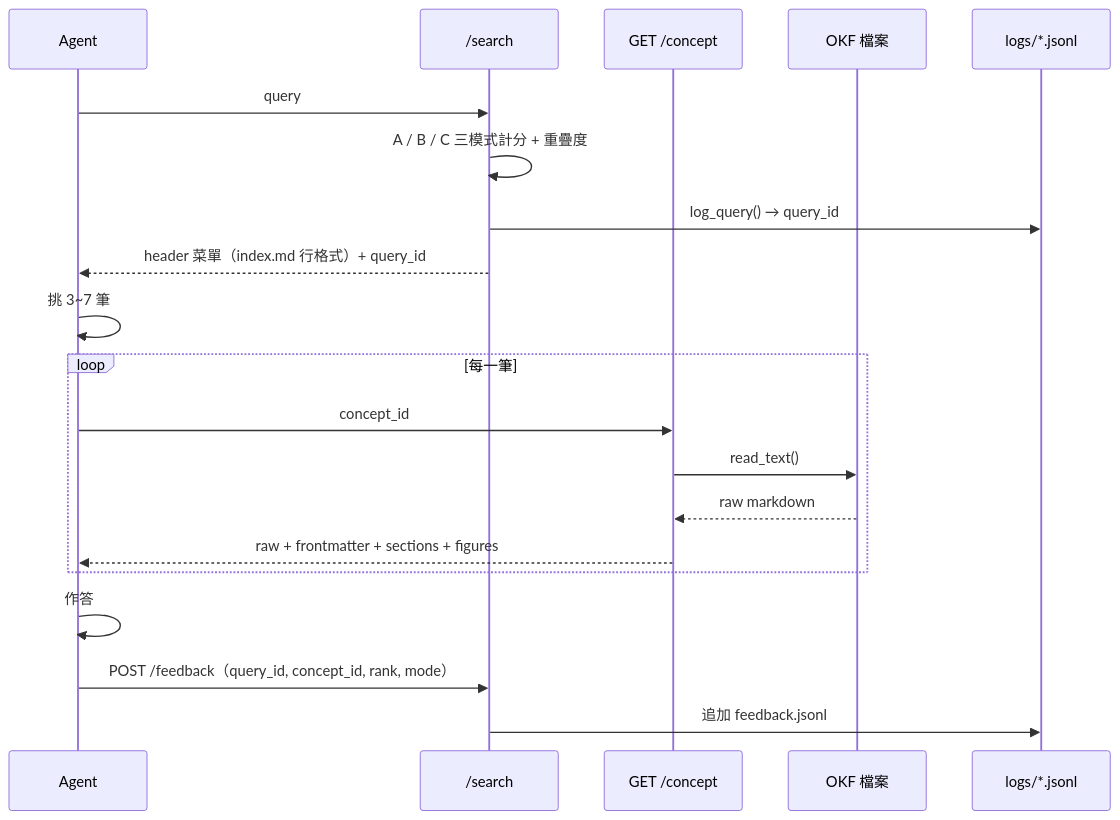
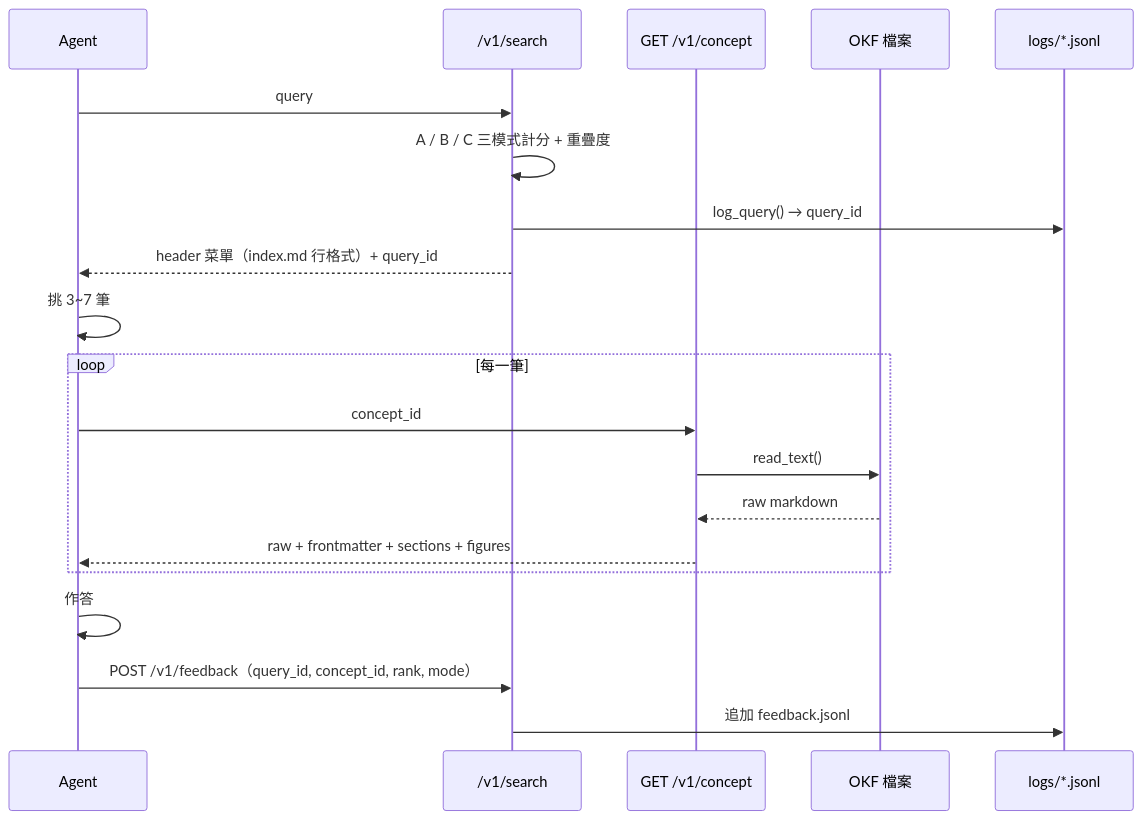
Before and after one commit to yiting-tom/YEDAI: the seventh of 8 diagrams in docs/data-flow.md, drawn with Mermaid. The commit also changed other lines of this file and 18 other files, not shown here.

````diff
--- a/docs/data-flow.md
+++ b/docs/data-flow.md
@@ -291,23 +291,23 @@
 ```mermaid
 sequenceDiagram
   participant A as Agent
-  participant S as /search
-  participant C as GET /concept
+  participant S as /v1/search
+  participant C as GET /v1/concept
   participant F as OKF 檔案
   participant L as logs/*.jsonl
 
   A->>S: query
   S->>S: A / B / C 三模式計分 + 重疊度
   S->>L: log_query() → query_id
   S-->>A: header 菜單（index.md 行格式）+ query_id
   A->>A: 挑 3~7 筆
   loop 每一筆
     A->>C: concept_id
     C->>F: read_text()
     F-->>C: raw markdown
     C-->>A: raw + frontmatter + sections + figures
   end
   A->>A: 作答
-  A->>S: POST /feedback（query_id, concept_id, rank, mode）
+  A->>S: POST /v1/feedback（query_id, concept_id, rank, mode）
   S->>L: 追加 feedback.jsonl
 ```
````
